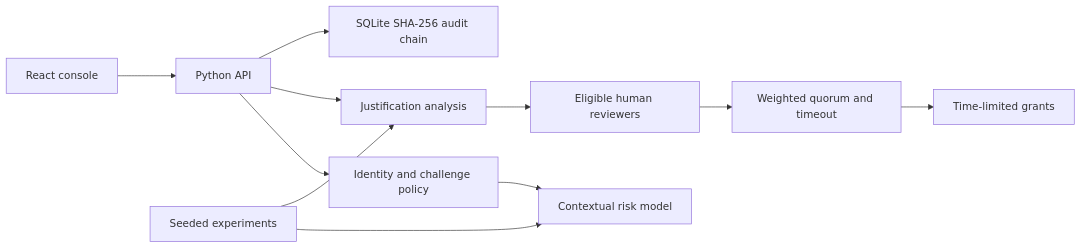
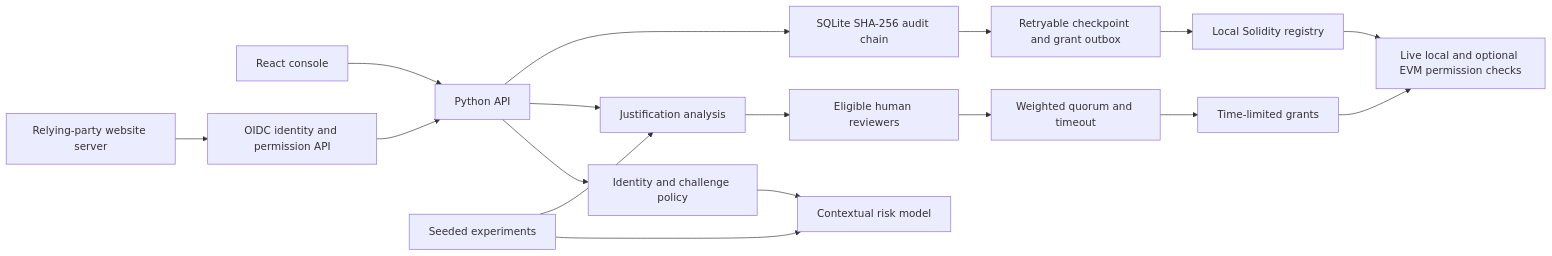
One commit to parthkansal823/Adaptive-IAM changed the diagram in docs/ARCHITECTURE.md. Above: the diagram before and after it, drawn with Mermaid. The commit also changed other lines of this file and 142 other files, not shown here.

````diff
--- a/docs/ARCHITECTURE.md
+++ b/docs/ARCHITECTURE.md
@@ -5,13 +5,19 @@
 ```mermaid
 flowchart LR
   UI[React console] --> API[Python API]
   API --> Auth[Identity and challenge policy]
   Auth --> Risk[Contextual risk model]
   API --> NLP[Justification analysis]
   NLP --> Review[Eligible human reviewers]
   Review --> Policy[Weighted quorum and timeout]
   Policy --> Grants[Time-limited grants]
   API --> Ledger[SQLite SHA-256 audit chain]
+  Ledger --> Outbox[Retryable checkpoint and grant outbox]
+  Outbox --> EVM[Local Solidity registry]
+  Grants --> Gate[Live local and optional EVM permission checks]
+  EVM --> Gate
+  Website[Relying-party website server] --> OIDC[OIDC identity and permission API]
+  OIDC --> API
   Eval[Seeded experiments] --> Risk
   Eval --> NLP
 ```
````
